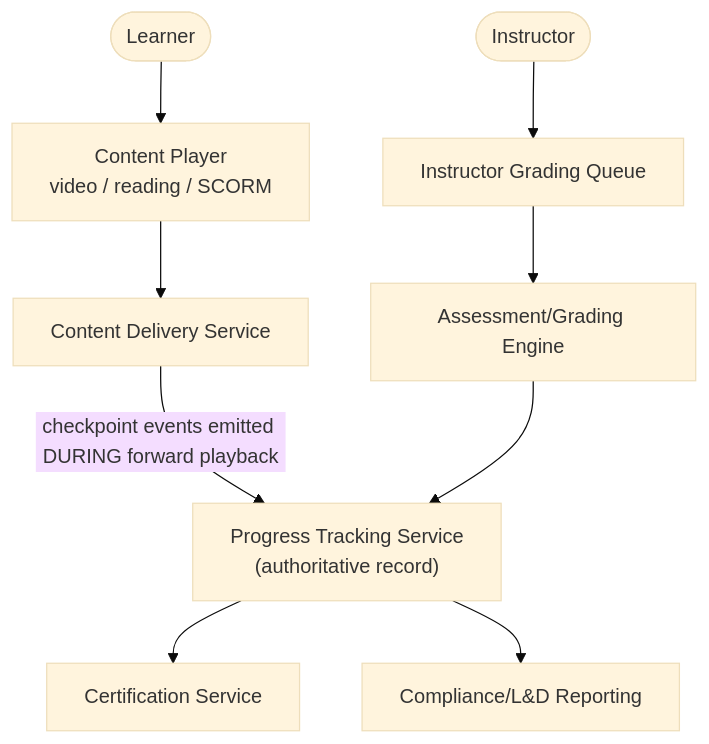
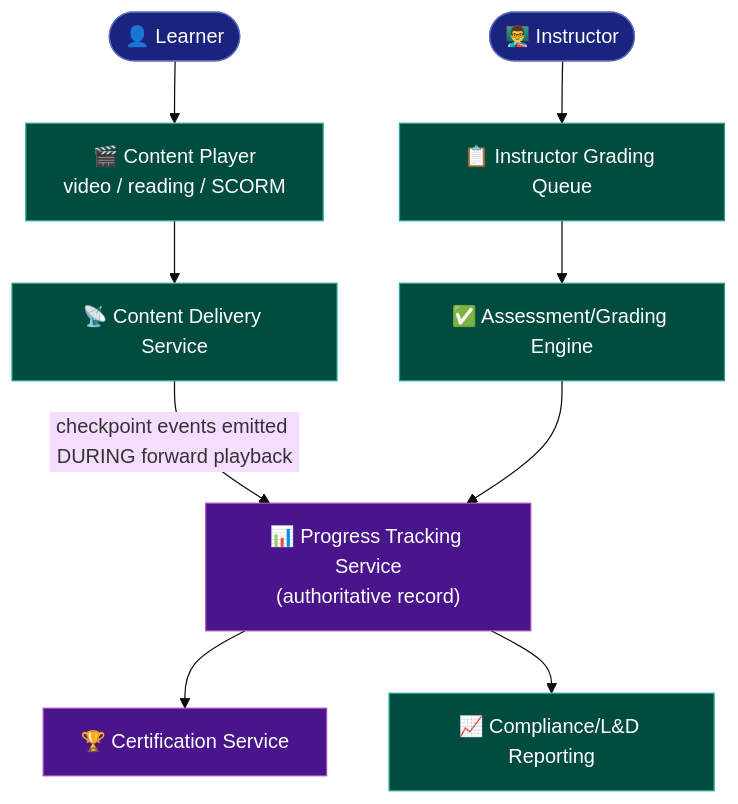
One commit to ghanendra-sdet/lms-platform changed the first of 5 diagrams in docs/architecture-and-flow.md. Above: the diagram before and after it, drawn with Mermaid (base theme). The commit also changed other lines of this file and 1 other file, not shown here.

First line of the commit message:
docs: enrich architecture/tech-and-skills diagrams, fix a coverage overclaim

````diff
--- a/docs/architecture-and-flow.md
+++ b/docs/architecture-and-flow.md
@@ -13,13 +13,20 @@
 ```mermaid
 flowchart TD
-    Learner([Learner]) --> Player["Content Player<br/>video / reading / SCORM"]
-    Instructor([Instructor]) --> Grading["Instructor Grading Queue"]
+    Learner([👤 Learner]) --> Player["🎬 Content Player<br/>video / reading / SCORM"]
+    Instructor([👨‍🏫 Instructor]) --> Grading["📋 Instructor Grading Queue"]
 
-    Player --> CDS["Content Delivery Service"]
-    CDS -->|"checkpoint events emitted DURING forward playback"| PTS["Progress Tracking Service<br/>(authoritative record)"]
-    Grading --> AGE["Assessment/Grading Engine"]
+    Player --> CDS["📡 Content Delivery Service"]
+    CDS -->|"checkpoint events emitted DURING forward playback"| PTS["📊 Progress Tracking Service<br/>(authoritative record)"]
+    Grading --> AGE["✅ Assessment/Grading Engine"]
     AGE --> PTS
 
-    PTS --> Cert["Certification Service"]
-    PTS --> Compliance["Compliance/L&D Reporting"]
+    PTS --> Cert["🏆 Certification Service"]
+    PTS --> Compliance["📈 Compliance/L&D Reporting"]
+
+    classDef person fill:#1a237e,stroke:#5c6bc0,color:#fff
+    classDef service fill:#004d40,stroke:#26a69a,color:#fff
+    classDef authority fill:#4a148c,stroke:#ab47bc,color:#fff
+    class Learner,Instructor person
+    class Player,Grading,CDS,AGE,Compliance service
+    class PTS,Cert authority
 ```
````
